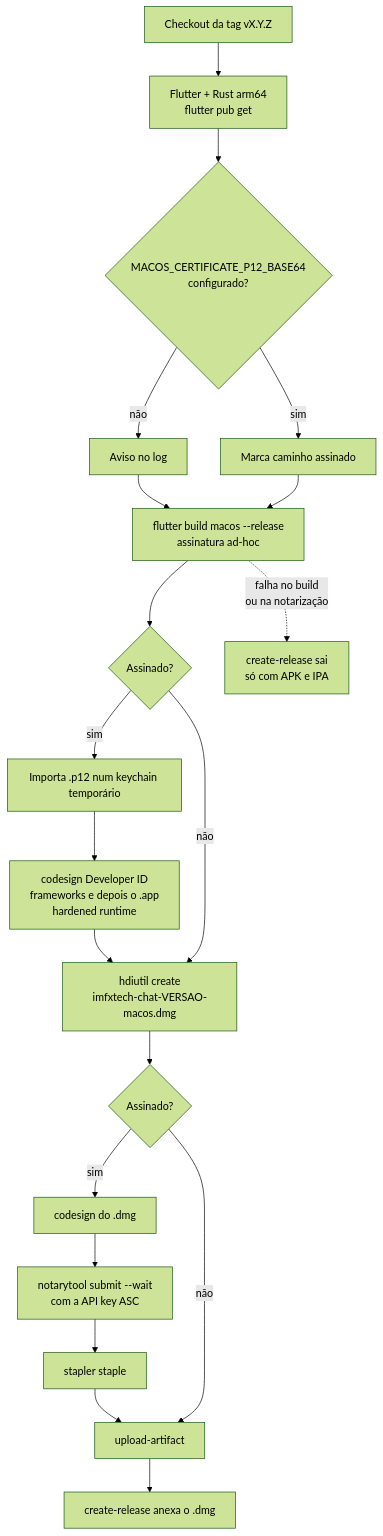
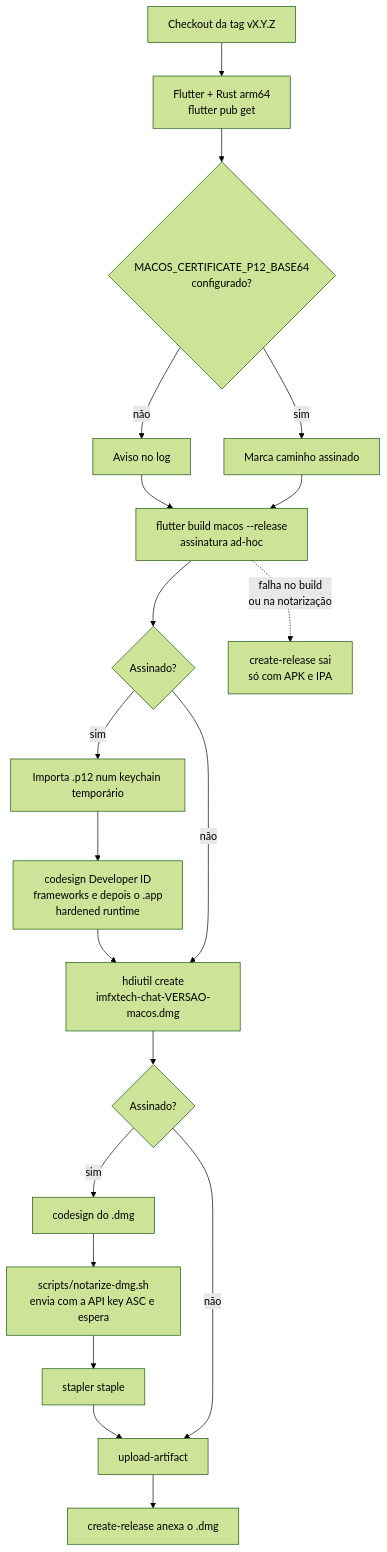
The second of 3 diagrams in docs/MACOS_RELEASE.md (marcelofmatos/imfxtech-chat), drawn with Mermaid (forest theme) before and after one commit. The commit also changed other lines of this file and 3 other files, not shown here.

````diff
--- a/docs/MACOS_RELEASE.md
+++ b/docs/MACOS_RELEASE.md
@@ -121,22 +127,22 @@
 ```mermaid
 flowchart TD
     A["Checkout da tag vX.Y.Z"] --> B["Flutter + Rust arm64<br/>flutter pub get"]
     B --> C{"MACOS_CERTIFICATE_P12_BASE64<br/>configurado?"}
     C -- não --> W["Aviso no log"]
     C -- sim --> S0["Marca caminho assinado"]
     W --> D["flutter build macos --release<br/>assinatura ad-hoc"]
     S0 --> D
     D --> E{"Assinado?"}
     E -- sim --> F["Importa .p12 num keychain temporário"]
     F --> G["codesign Developer ID<br/>frameworks e depois o .app<br/>hardened runtime"]
     G --> H["hdiutil create<br/>imfxtech-chat-VERSAO-macos.dmg"]
     E -- não --> H
     H --> I{"Assinado?"}
     I -- sim --> J["codesign do .dmg"]
-    J --> K["notarytool submit --wait<br/>com a API key ASC"]
+    J --> K["scripts/notarize-dmg.sh<br/>envia com a API key ASC e espera"]
     K --> L["stapler staple"]
     L --> M["upload-artifact"]
     I -- não --> M
     M --> N["create-release anexa o .dmg"]
     D -. "falha no build<br/>ou na notarização" .-> X["create-release sai<br/>só com APK e IPA"]
 ```
````
